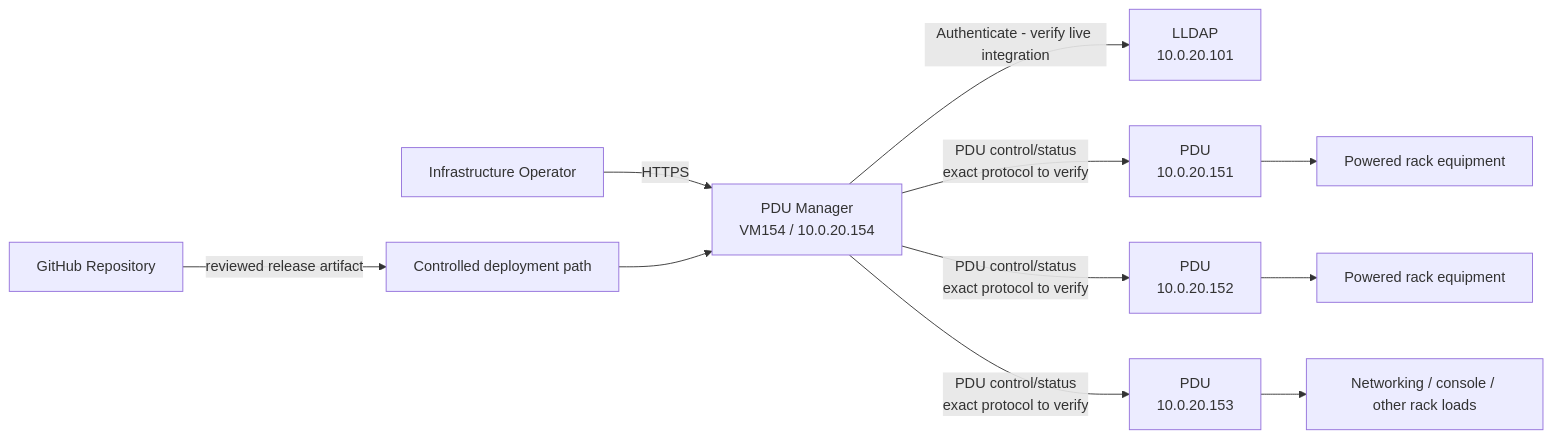
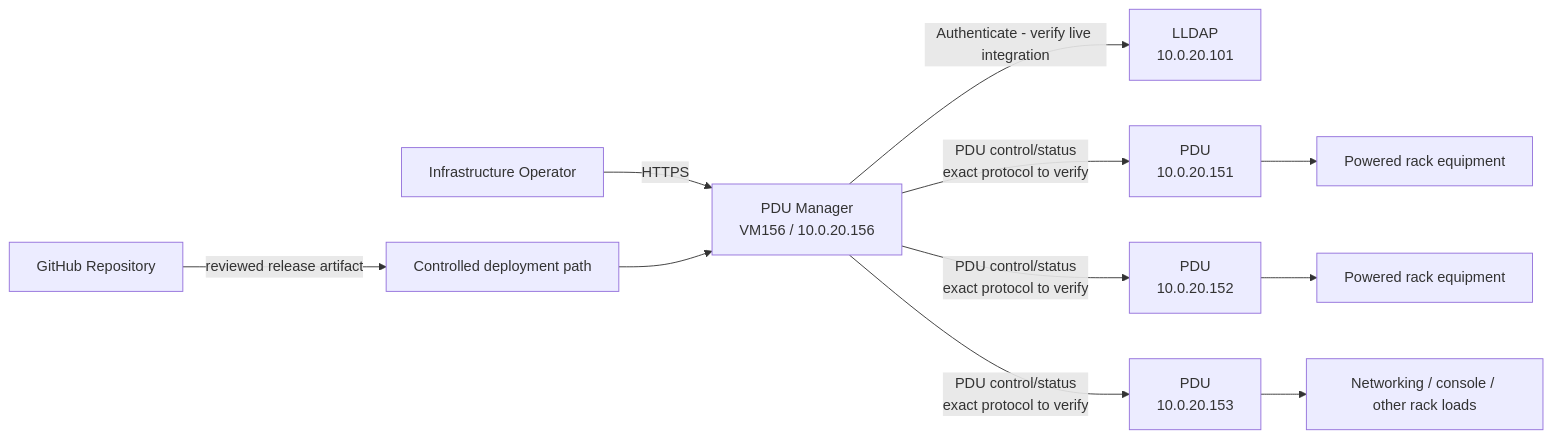
Before and after one commit to startupteams/pdu-marion-ia-usa-project-framework: the first of 5 diagrams in docs/ARCHITECTURE.md, drawn with Mermaid. The commit also changed other lines of this file and 7 other files, not shown here.

````diff
--- a/docs/ARCHITECTURE.md
+++ b/docs/ARCHITECTURE.md
@@ -62,13 +62,13 @@
 ```mermaid
 flowchart LR
-    Operator[Infrastructure Operator] -->|HTTPS| UI[PDU Manager\nVM154 / 10.0.20.154]
+    Operator[Infrastructure Operator] -->|HTTPS| UI[PDU Manager\nVM156 / 10.0.20.156]
     UI -->|Authenticate - verify live integration| LLDAP[LLDAP\n10.0.20.101]
     UI -->|PDU control/status\nexact protocol to verify| PDU151[PDU\n10.0.20.151]
     UI -->|PDU control/status\nexact protocol to verify| PDU152[PDU\n10.0.20.152]
     UI -->|PDU control/status\nexact protocol to verify| PDU153[PDU\n10.0.20.153]
     PDU151 --> Loads1[Powered rack equipment]
     PDU152 --> Loads2[Powered rack equipment]
     PDU153 --> Loads3[Networking / console / other rack loads]
     GitHub[GitHub Repository] -->|reviewed release artifact| Deploy[Controlled deployment path]
     Deploy --> UI
 ```
````
